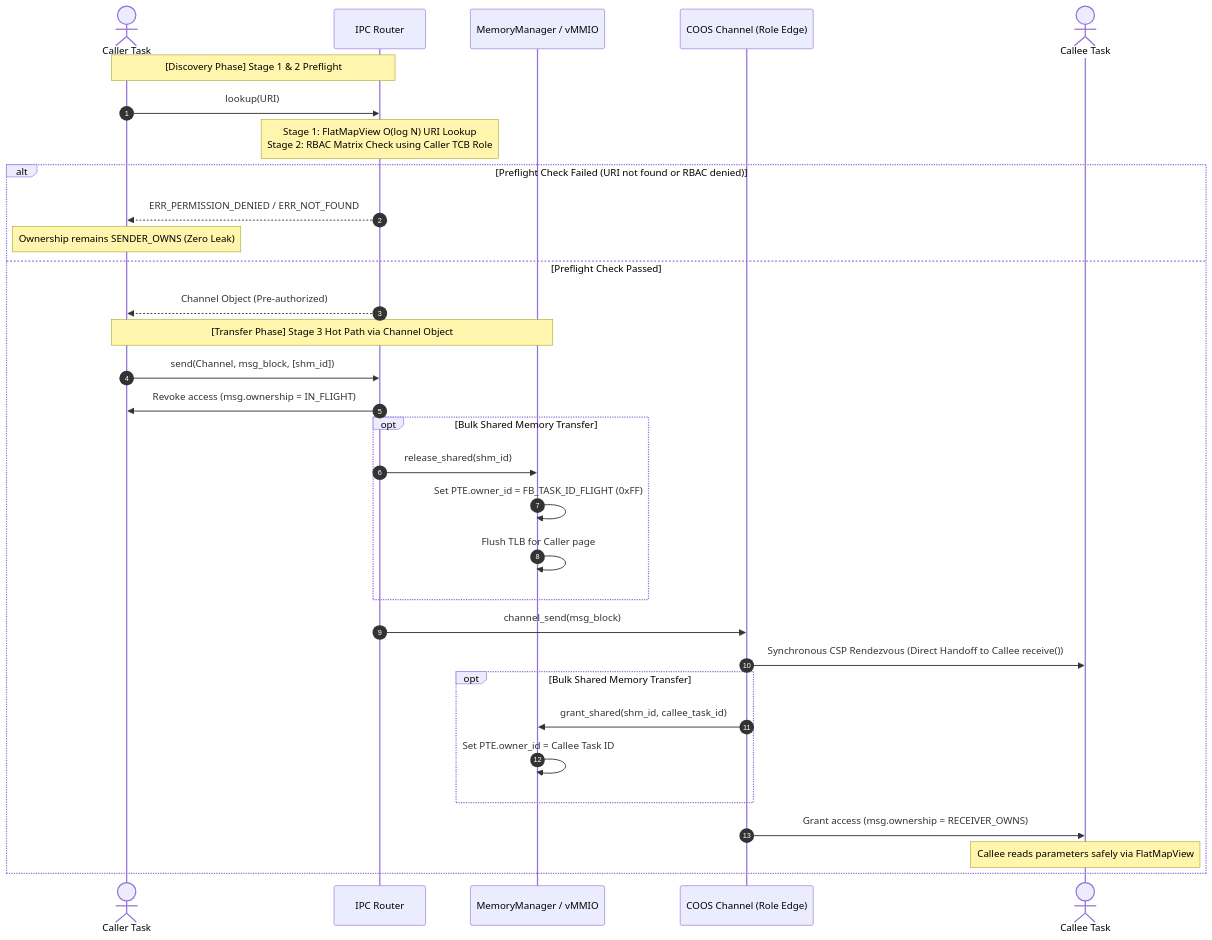
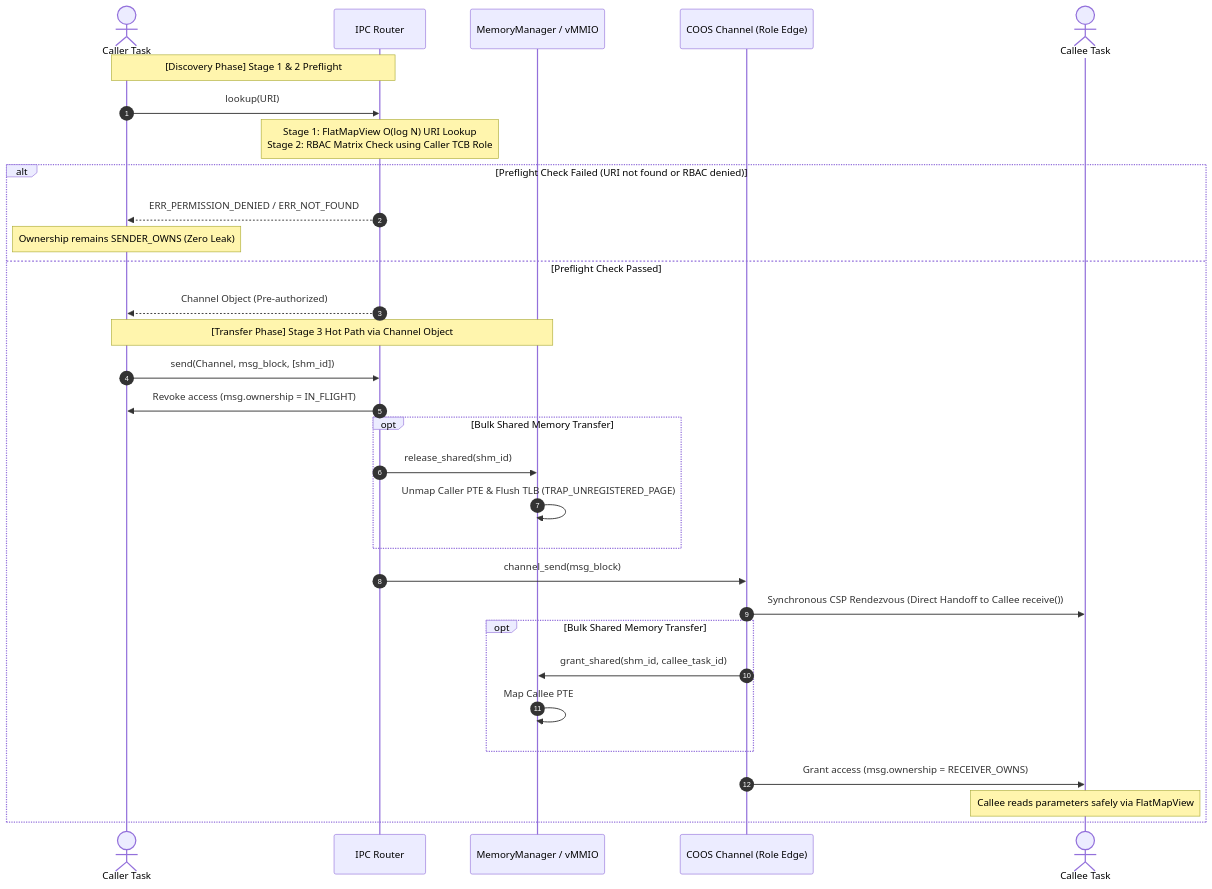
The second of 7 diagrams in docs/components/tier1_interface/ipc_router.md (kmt-t/fireball), drawn with Mermaid before and after one commit. The commit also changed other lines of this file and 10 other files, not shown here.

Commit message:
fix(arch): harmonize architecture_overview and lower specs with current master design

````diff
--- a/docs/components/tier1_interface/ipc_router.md
+++ b/docs/components/tier1_interface/ipc_router.md
@@ -120,36 +120,35 @@
 ```mermaid
 sequenceDiagram
     autonumber
     actor Caller as Caller Task
     participant Router as IPC Router
     participant Mem as MemoryManager / vMMIO
     participant Ch as COOS Channel (Role Edge)
     actor Callee as Callee Task
 
     Note over Caller,Router: [Discovery Phase] Stage 1 & 2 Preflight
     Caller->>Router: lookup(URI)
     Note over Router: Stage 1: FlatMapView O(log N) URI Lookup<br/>Stage 2: RBAC Matrix Check using Caller TCB Role
     alt Preflight Check Failed (URI not found or RBAC denied)
         Router-->>Caller: ERR_PERMISSION_DENIED / ERR_NOT_FOUND
         Note over Caller: Ownership remains SENDER_OWNS (Zero Leak)
     else Preflight Check Passed
         Router-->>Caller: Channel Object (Pre-authorized)
 
         Note over Caller,Mem: [Transfer Phase] Stage 3 Hot Path via Channel Object
         Caller->>Router: send(Channel, msg_block, [shm_id])
         Router->>Caller: Revoke access (msg.ownership = IN_FLIGHT)
         opt Bulk Shared Memory Transfer
             Router->>Mem: release_shared(shm_id)
-            Mem->>Mem: Set PTE.owner_id = FB_TASK_ID_FLIGHT (0xFF)
-            Mem->>Mem: Flush TLB for Caller page
+            Mem->>Mem: Unmap Caller PTE & Flush TLB (TRAP_UNREGISTERED_PAGE)
         end
         Router->>Ch: channel_send(msg_block)
         Ch->>Callee: Synchronous CSP Rendezvous (Direct Handoff to Callee receive())
         opt Bulk Shared Memory Transfer
             Ch->>Mem: grant_shared(shm_id, callee_task_id)
-            Mem->>Mem: Set PTE.owner_id = Callee Task ID
+            Mem->>Mem: Map Callee PTE
         end
         Ch->>Callee: Grant access (msg.ownership = RECEIVER_OWNS)
         Note over Callee: Callee reads parameters safely via FlatMapView
     end
 ```
````
